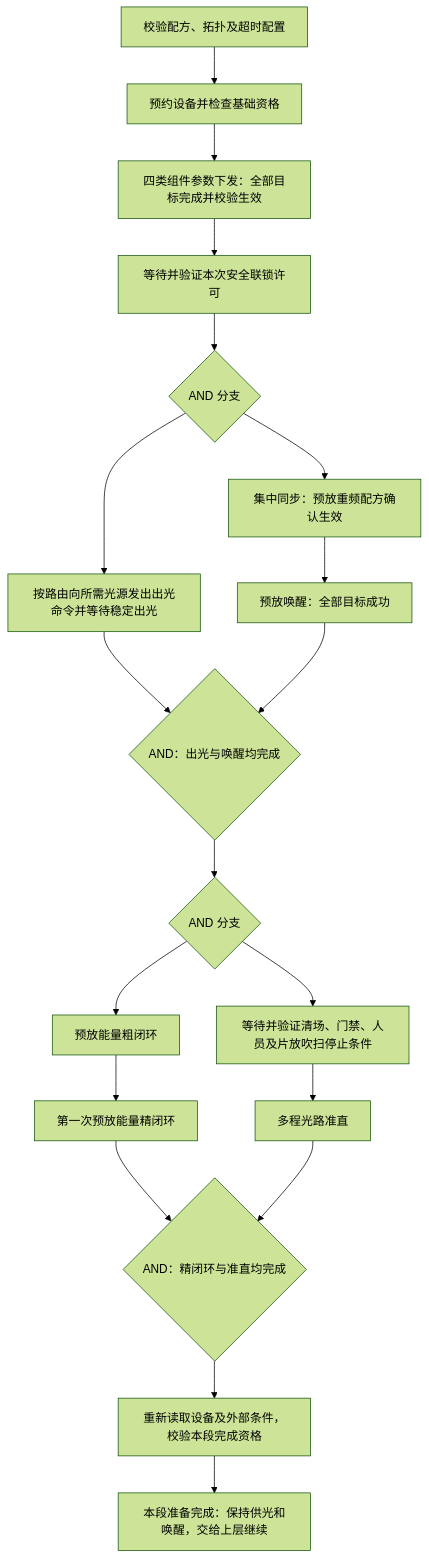
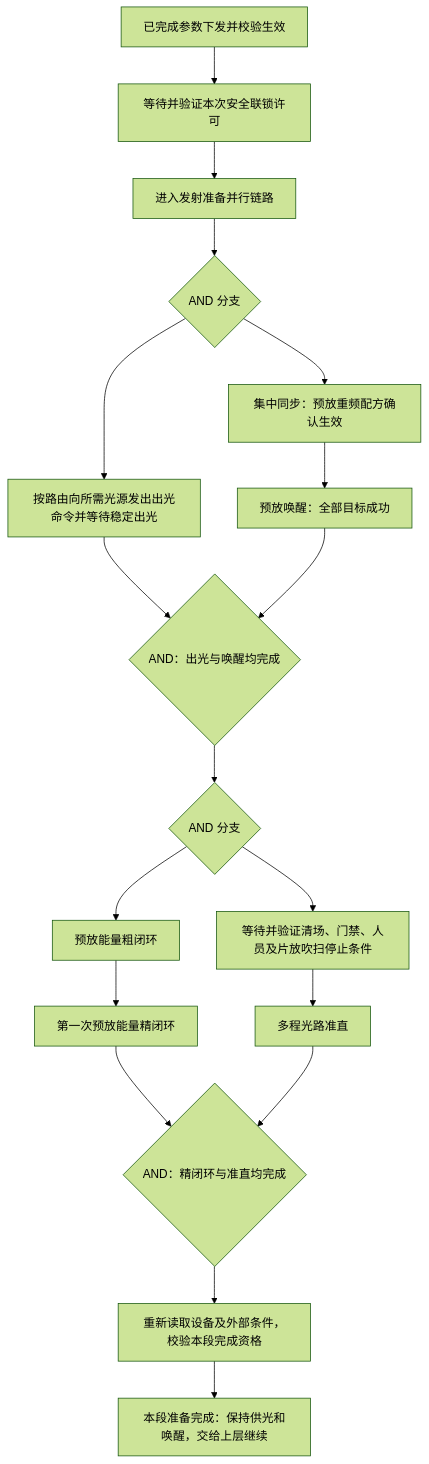
Before and after one commit to caochun/cdi8: the diagram in docs/process-control/种子源至多程放大前期准备流程.md, drawn with Mermaid (forest theme). The commit also changed other lines of this file and 32 other files, not shown here.

````diff
--- a/docs/process-control/种子源至多程放大前期准备流程.md
+++ b/docs/process-control/种子源至多程放大前期准备流程.md
@@ -34,21 +34,20 @@
 ```mermaid
 flowchart TD
-    A[校验配方、拓扑及超时配置] --> B[预约设备并检查基础资格]
-    B --> C[四类组件参数下发：全部目标完成并校验生效]
-    C --> D[等待并验证本次安全联锁许可]
+    A[已完成参数下发并校验生效] --> B[等待并验证本次安全联锁许可]
+    B --> D[进入发射准备并行链路]
     D --> P{AND 分支}
     P --> E[按路由向所需光源发出出光命令并等待稳定出光]
     P --> F[集中同步：预放重频配方确认生效]
     F --> G[预放唤醒：全部目标成功]
     E --> J{AND：出光与唤醒均完成}
     G --> J
     J --> Q{AND 分支}
     Q --> H[预放能量粗闭环]
     H --> I[第一次预放能量精闭环]
     Q --> K[等待并验证清场、门禁、人员及片放吹扫停止条件]
     K --> L[多程光路准直]
     I --> M{AND：精闭环与准直均完成}
     L --> M
     M --> N[重新读取设备及外部条件，校验本段完成资格]
     N --> O[本段准备完成：保持供光和唤醒，交给上层继续]
 ```
````
